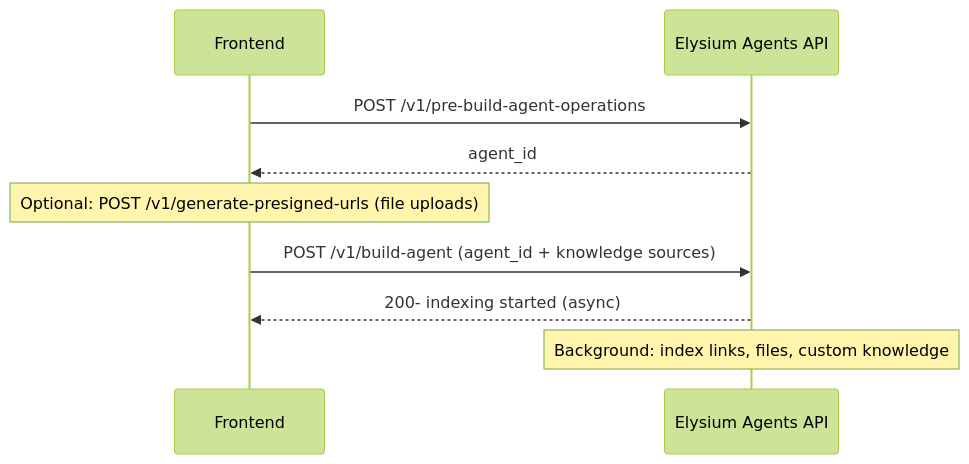
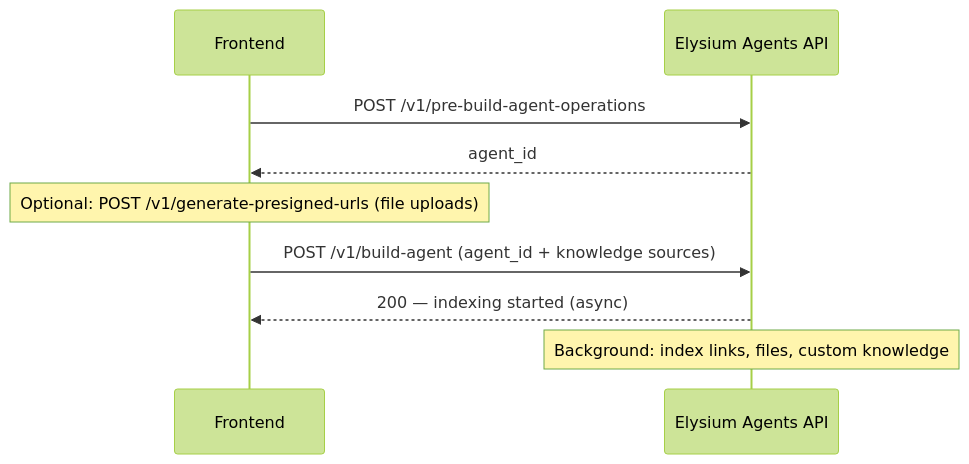
Before and after one commit to Shubhojeet-Ghosh/elysium-atlas: the diagram in documentation/frontend-agent-create-update-api-guide.md, drawn with Mermaid (forest theme). The commit also changed other lines of this file and 15 other files, not shown here.

````diff
--- a/documentation/frontend-agent-create-update-api-guide.md
+++ b/documentation/frontend-agent-create-update-api-guide.md
@@ -19,15 +19,15 @@
 ```mermaid
 sequenceDiagram
     participant FE as Frontend
     participant API as Elysium Agents API
 
     FE->>API: POST /v1/pre-build-agent-operations
     API-->>FE: agent_id
 
     Note over FE: Optional: POST /v1/generate-presigned-urls (file uploads)
 
     FE->>API: POST /v1/build-agent (agent_id + knowledge sources)
-    API-->>FE: 200- indexing started (async)
+    API-->>FE: 200 — indexing started (async)
 
     Note over API: Background: index links, files, custom knowledge
 ```
````
